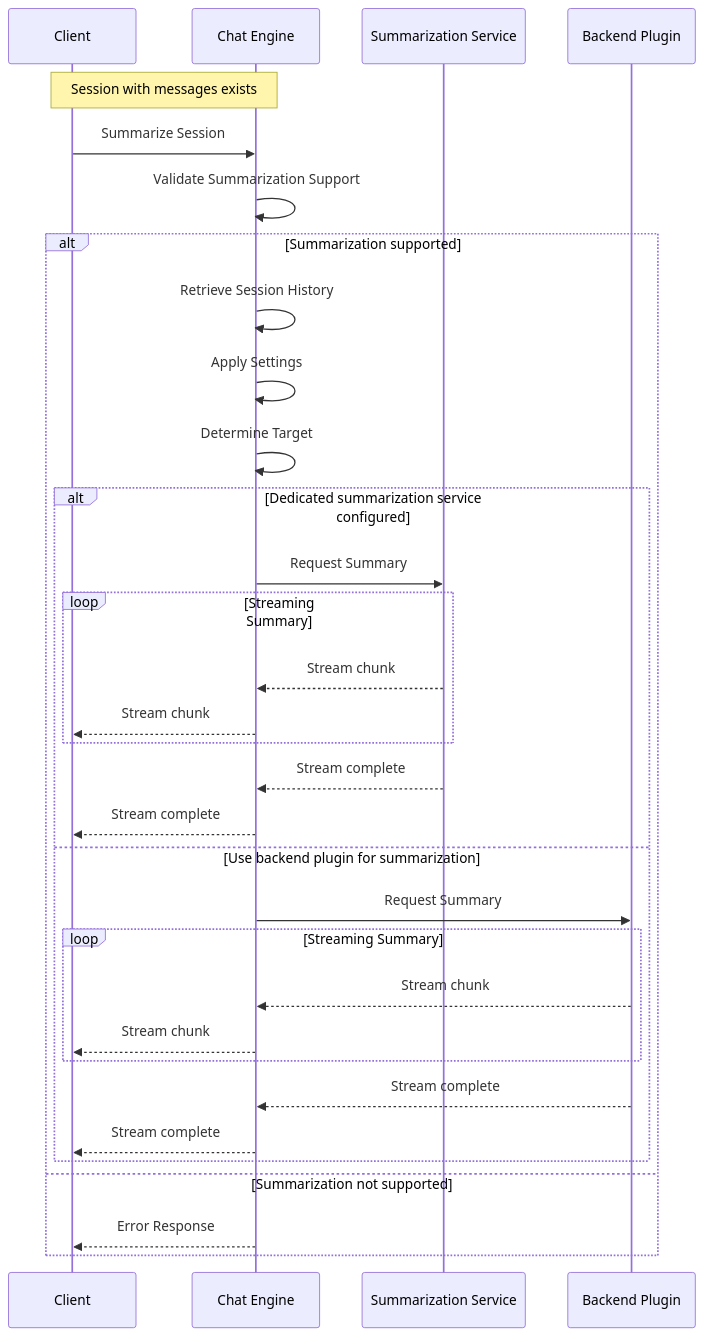
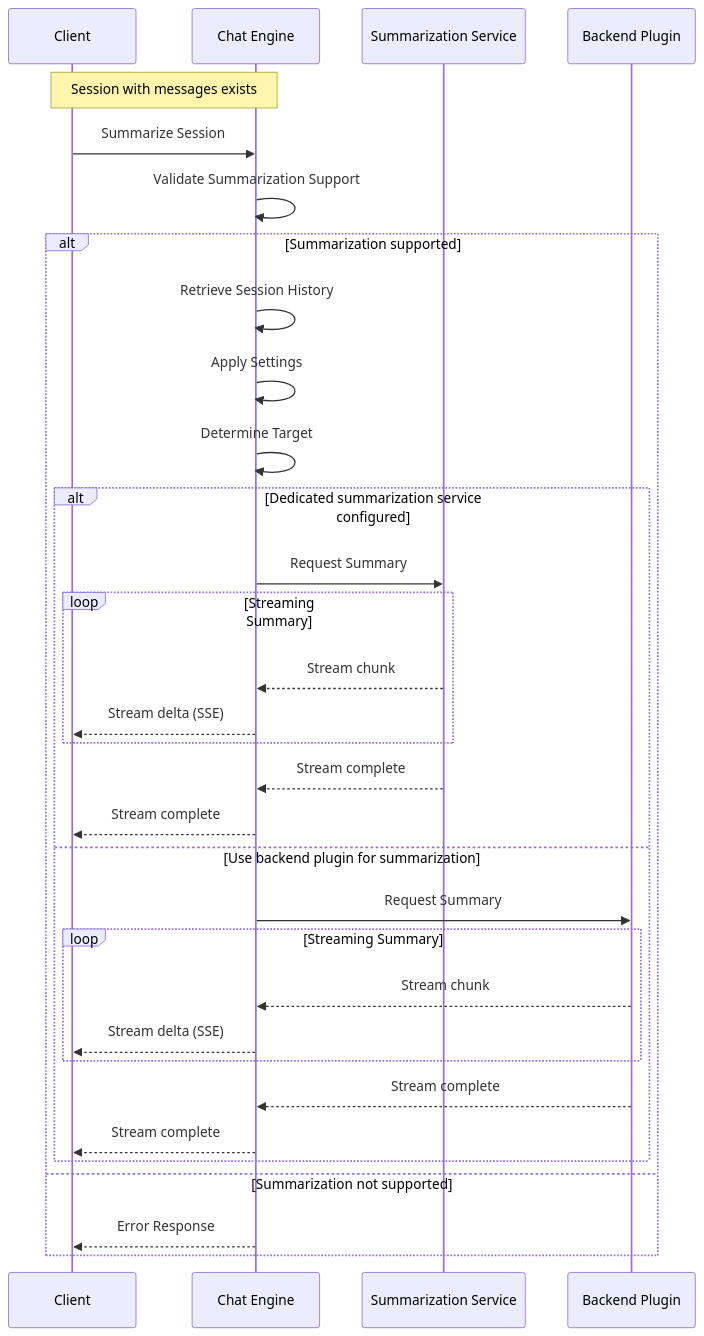
One commit to constructorfabric/gears-rust changed diagram 14 of 16 in gears/chat-engine/docs/DESIGN.md. Above: the diagram before and after it, drawn with Mermaid. The commit also changed other lines of this file and 1 other file, not shown here.

Commit message:
design SSE delta streaming protocol + resume

````diff
--- a/gears/chat-engine/docs/DESIGN.md
+++ b/gears/chat-engine/docs/DESIGN.md
@@ -1082,42 +1133,42 @@
 ```mermaid
 sequenceDiagram
     participant Client
     participant Chat Engine
     participant Summarization Service
     participant Backend Plugin
 
     Note over Client,Chat Engine: Session with messages exists
 
     Client->>Chat Engine: Summarize Session
     Chat Engine->>Chat Engine: Validate Summarization Support
 
     alt Summarization supported
         Chat Engine->>Chat Engine: Retrieve Session History
         Chat Engine->>Chat Engine: Apply Settings
         Chat Engine->>Chat Engine: Determine Target
 
         alt Dedicated summarization service configured
             Chat Engine->>Summarization Service: Request Summary
 
             loop Streaming Summary
                 Summarization Service-->>Chat Engine: Stream chunk
-                Chat Engine-->>Client: Stream chunk
+                Chat Engine-->>Client: Stream delta (SSE)
             end
 
             Summarization Service-->>Chat Engine: Stream complete
             Chat Engine-->>Client: Stream complete
         else Use backend plugin for summarization
             Chat Engine->>Backend Plugin: Request Summary
 
             loop Streaming Summary
                 Backend Plugin-->>Chat Engine: Stream chunk
-                Chat Engine-->>Client: Stream chunk
+                Chat Engine-->>Client: Stream delta (SSE)
             end
 
             Backend Plugin-->>Chat Engine: Stream complete
             Chat Engine-->>Client: Stream complete
         end
     else Summarization not supported
         Chat Engine-->>Client: Error Response
     end
 ```
````
